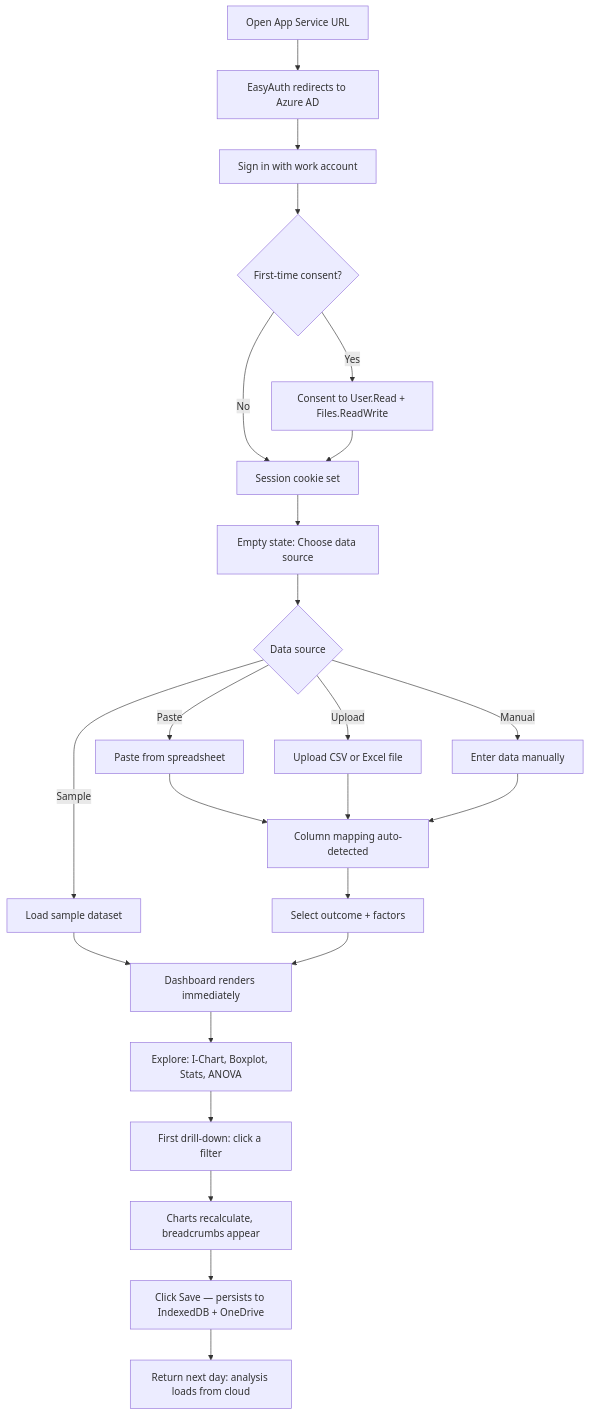
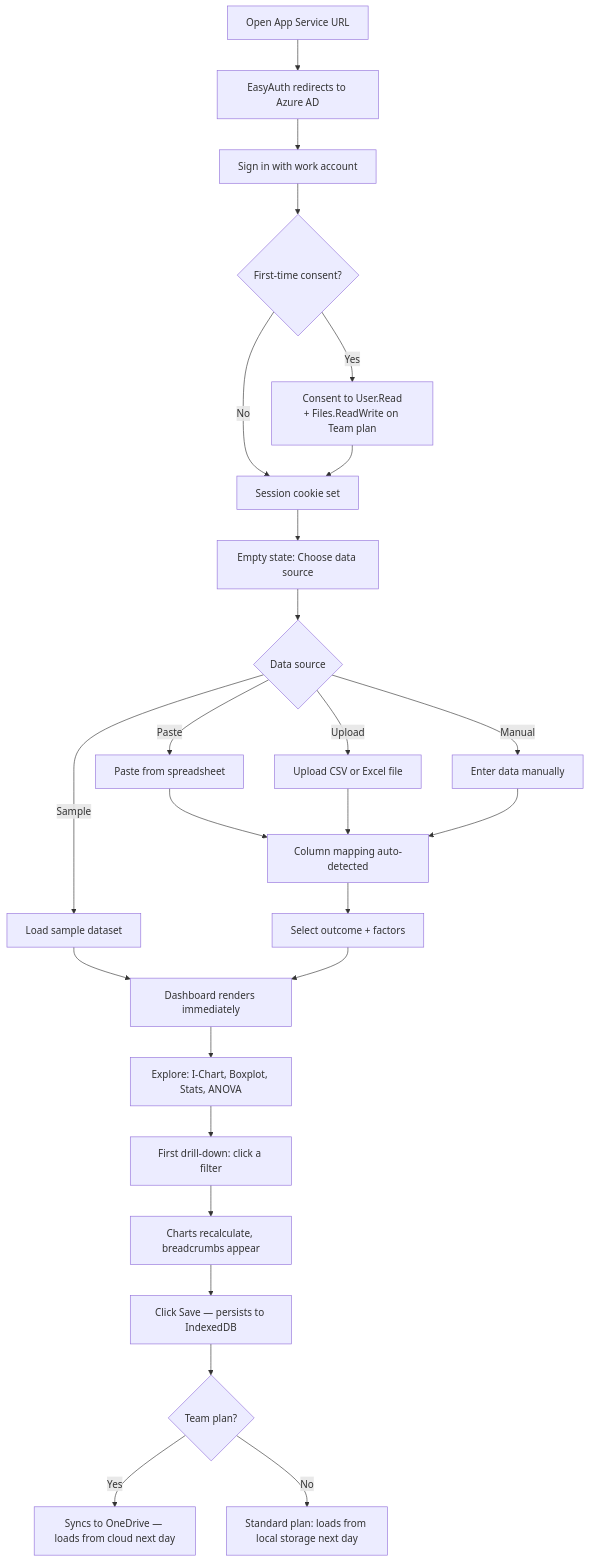
Before and after one commit to jukka-matti/variscout: the first of 2 diagrams in docs/02-journeys/flows/azure-first-analysis.md, drawn with Mermaid. The commit also changed other lines of this file and 25 other files, not shown here.

First line of the commit message:
fix: gate cloud sync behind isTeamPlan() — Standard plan is local-only

````diff
--- a/docs/02-journeys/flows/azure-first-analysis.md
+++ b/docs/02-journeys/flows/azure-first-analysis.md
@@ -46,26 +46,28 @@
 ```mermaid
 flowchart TD
     A[Open App Service URL] --> B[EasyAuth redirects to Azure AD]
     B --> C[Sign in with work account]
     C --> D{First-time consent?}
-    D -->|Yes| E[Consent to User.Read + Files.ReadWrite]
+    D -->|Yes| E[Consent to User.Read<br/>+ Files.ReadWrite on Team plan]
     D -->|No| F[Session cookie set]
     E --> F
     F --> G[Empty state: Choose data source]
     G --> H{Data source}
     H -->|Sample| I[Load sample dataset]
     H -->|Paste| J[Paste from spreadsheet]
     H -->|Upload| K[Upload CSV or Excel file]
     H -->|Manual| K2[Enter data manually]
     I --> L[Dashboard renders immediately]
     J --> M[Column mapping auto-detected]
     K --> M
     K2 --> M
     M --> N[Select outcome + factors]
     N --> L
     L --> O[Explore: I-Chart, Boxplot, Stats, ANOVA]
     O --> P[First drill-down: click a filter]
     P --> Q[Charts recalculate, breadcrumbs appear]
-    Q --> R[Click Save — persists to IndexedDB + OneDrive]
-    R --> S[Return next day: analysis loads from cloud]
+    Q --> R[Click Save — persists to IndexedDB]
+    R --> R2{Team plan?}
+    R2 -->|Yes| S[Syncs to OneDrive — loads from cloud next day]
+    R2 -->|No| S2[Standard plan: loads from local storage next day]
 ```
````
